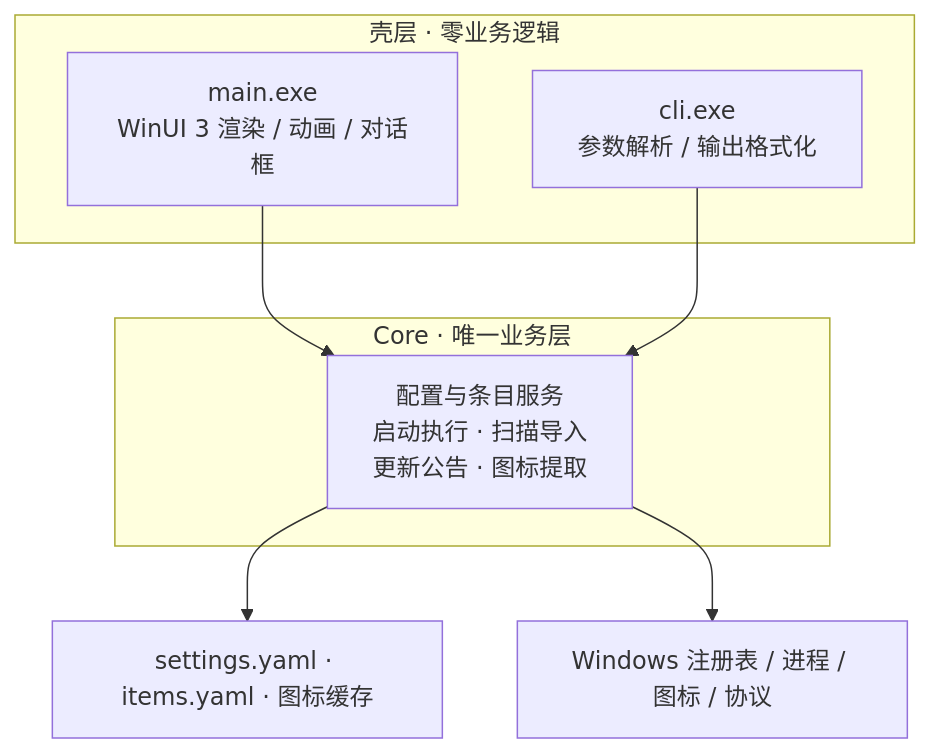
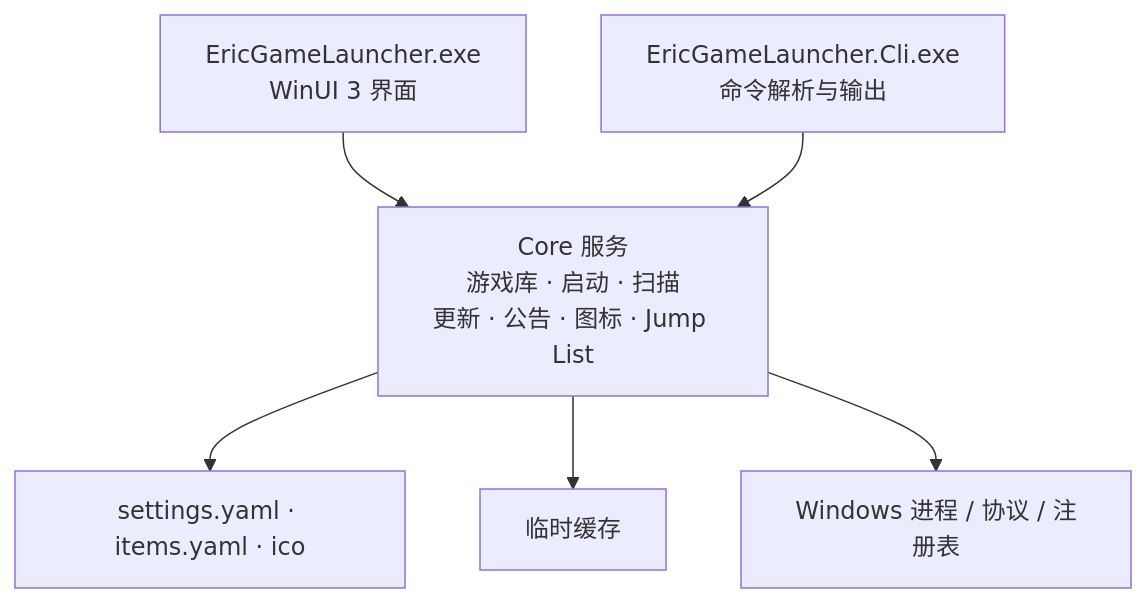
One commit to EricZhang233/EricGameLauncher changed the diagram in readme.md. Above: the diagram before and after it, drawn with Mermaid. The commit also changed other lines of this file and 40 other files, not shown here.

````diff
--- a/readme.md
+++ b/readme.md
@@ -195,14 +198,11 @@
 ```mermaid
 flowchart TB
-    subgraph Shell["壳层 · 零业务逻辑"]
-        GUI["main.exe<br/>WinUI 3 渲染 / 动画 / 对话框"]
-        CLI["cli.exe<br/>参数解析 / 输出格式化"]
-    end
-    subgraph Core["Core · 唯一业务层"]
-        SVC["配置与条目服务<br/>启动执行 · 扫描导入<br/>更新公告 · 图标提取"]
-    end
-    GUI --> SVC
-    CLI --> SVC
-    SVC --> DATA["settings.yaml · items.yaml · 图标缓存"]
-    SVC --> OS["Windows 注册表 / 进程 / 图标 / 协议"]
+    GUI["EricGameLauncher.exe<br/>WinUI 3 界面"]
+    CLI["EricGameLauncher.Cli.exe<br/>命令解析与输出"]
+    CORE["Core 服务<br/>游戏库 · 启动 · 扫描<br/>更新 · 公告 · 图标 · Jump List"]
+    GUI --> CORE
+    CLI --> CORE
+    CORE --> DATA["settings.yaml · items.yaml · ico"]
+    CORE --> CACHE["临时缓存"]
+    CORE --> OS["Windows 进程 / 协议 / 注册表"]
 ```
````
